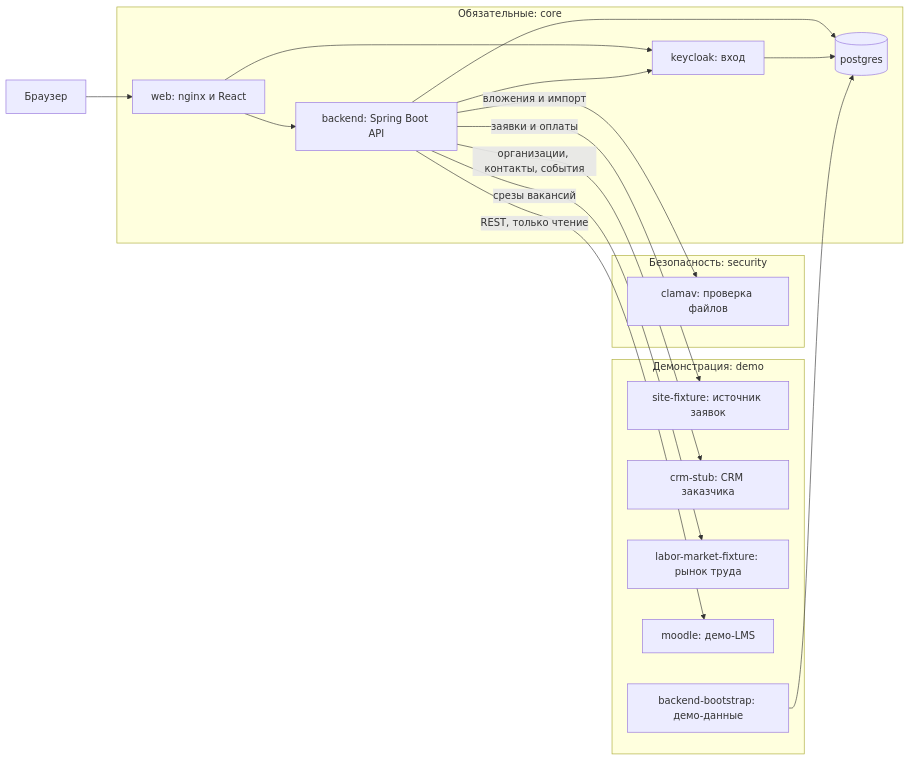
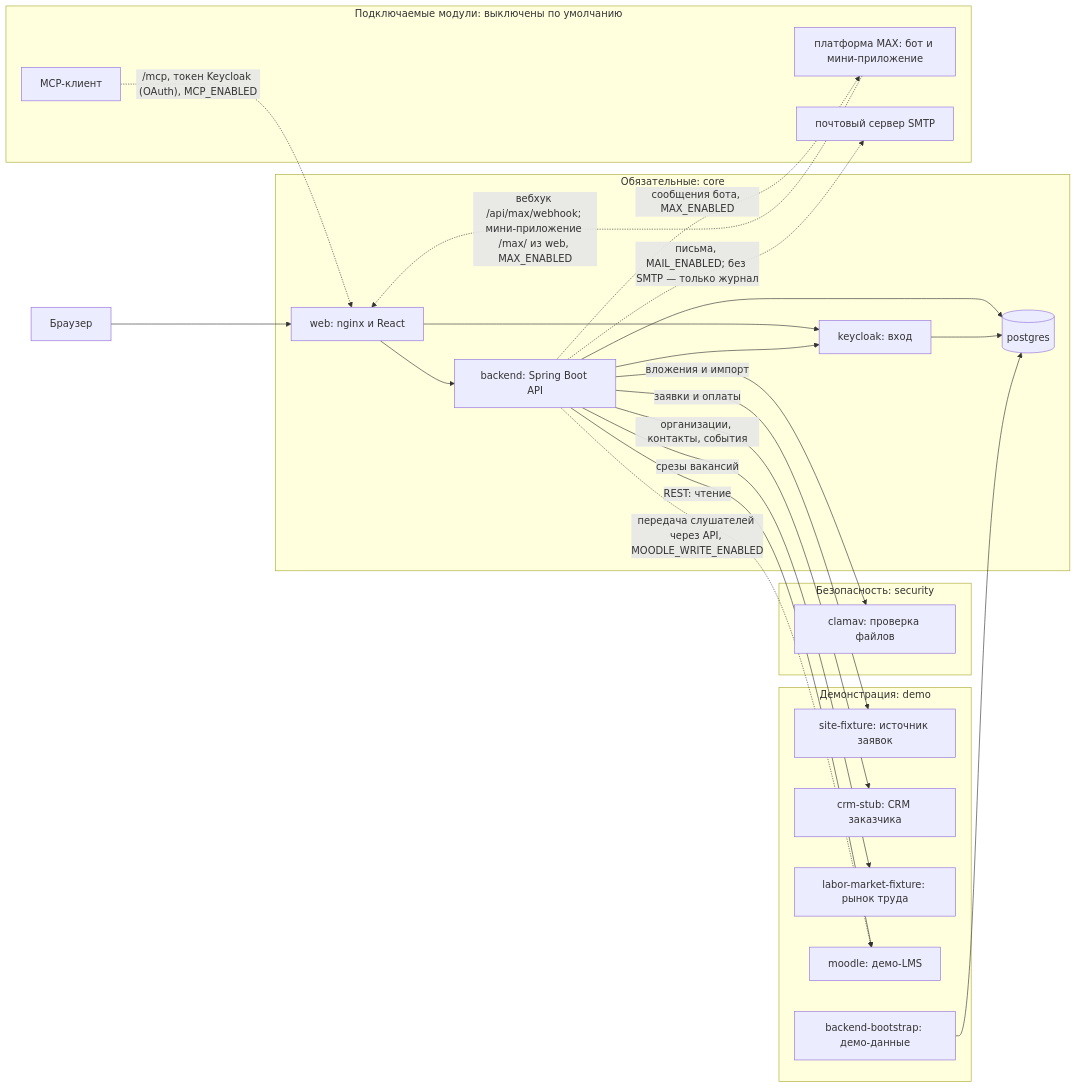
Before and after one commit to avrv1987/rtk-crm: the diagram in README.md, drawn with Mermaid. The commit also changed other lines of this file and 392 other files, not shown here.

````diff
--- a/README.md
+++ b/README.md
@@ -29,31 +39,41 @@
 ```mermaid
 flowchart LR
     browser["Браузер"] --> web
     subgraph core ["Обязательные: core"]
         web["web: nginx и React"]
         backend["backend: Spring Boot API"]
         postgres[("postgres")]
         keycloak["keycloak: вход"]
     end
     subgraph security ["Безопасность: security"]
         clamav["clamav: проверка файлов"]
     end
     subgraph demo ["Демонстрация: demo"]
         fixture["site-fixture: источник заявок"]
         crmstub["crm-stub: CRM заказчика"]
         labor["labor-market-fixture: рынок труда"]
         moodle["moodle: демо-LMS"]
         bootstrap["backend-bootstrap: демо-данные"]
     end
+    subgraph plug ["Подключаемые модули: выключены по умолчанию"]
+        mcpclient["MCP-клиент"]
+        maxp["платформа MAX: бот и мини-приложение"]
+        smtp["почтовый сервер SMTP"]
+    end
     web --> backend
     web --> keycloak
     backend --> postgres
     backend --> keycloak
     keycloak --> postgres
     backend -->|"вложения и импорт"| clamav
     backend -->|"заявки и оплаты"| fixture
     backend -->|"организации, контакты, события"| crmstub
     backend -->|"срезы вакансий"| labor
-    backend -->|"REST, только чтение"| moodle
+    backend -->|"REST: чтение"| moodle
+    backend -.->|"передача слушателей через API, MOODLE_WRITE_ENABLED"| moodle
     bootstrap --> postgres
+    mcpclient -.->|"/mcp, токен Keycloak (OAuth), MCP_ENABLED"| web
+    maxp -.->|"вебхук /api/max/webhook; мини-приложение /max/ из web, MAX_ENABLED"| web
+    backend -.->|"сообщения бота, MAX_ENABLED"| maxp
+    backend -.->|"письма, MAIL_ENABLED; без SMTP — только журнал"| smtp
 ```
````
